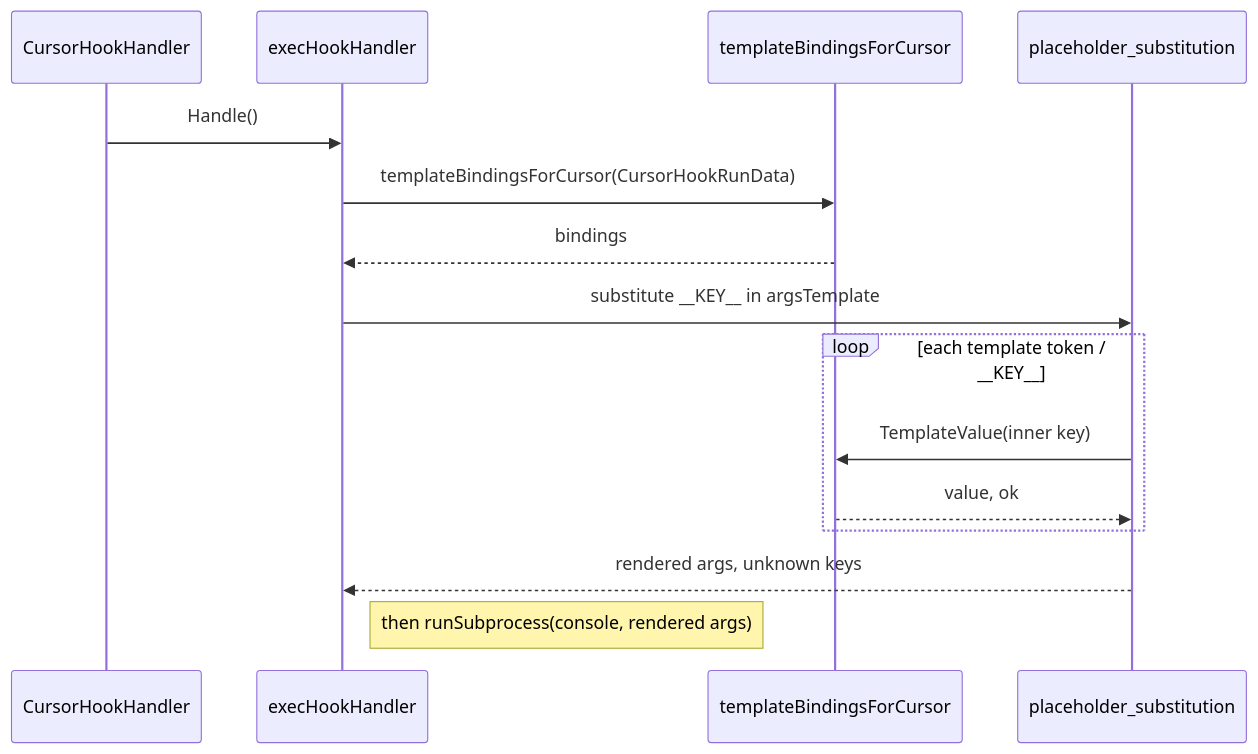
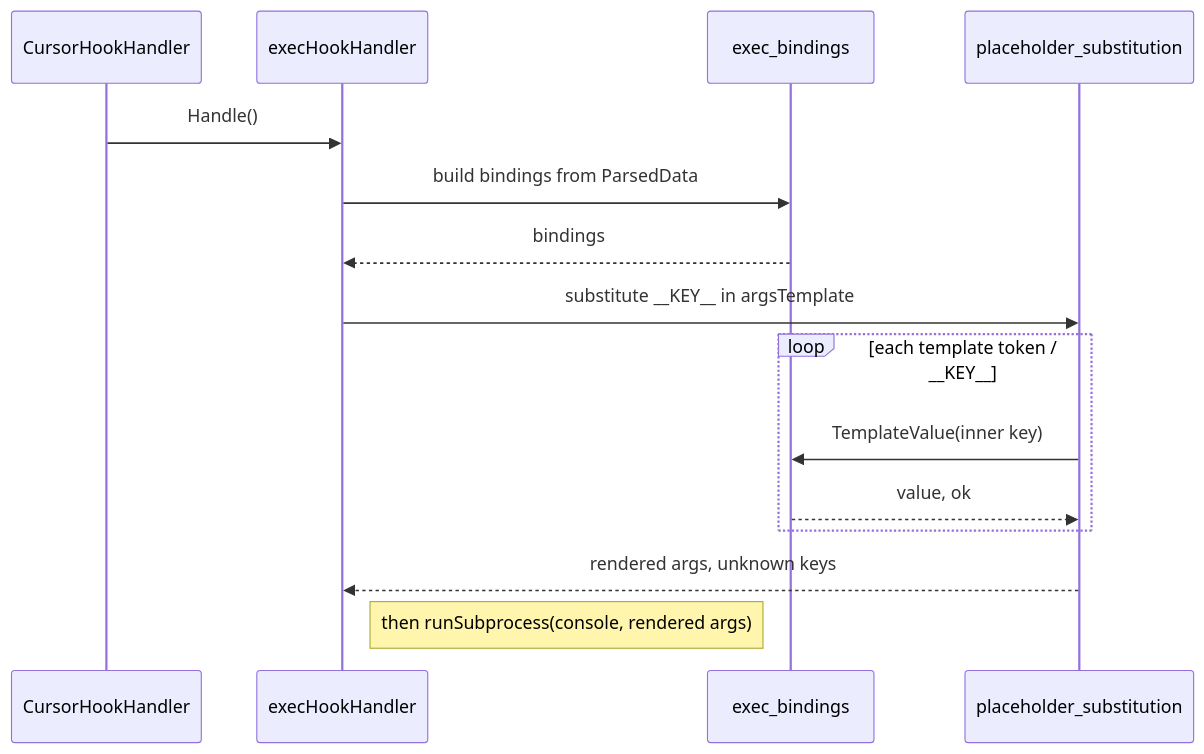
One commit to sviatsviatsviat/wat changed the third of 3 diagrams in README.md. Above: the diagram before and after it, drawn with Mermaid. The commit also changed other lines of this file and 4 other files, not shown here.

First line of the commit message:
Remove WORKSPACE_ROOTS, COMMAND, OUTPUT exec bindings; document per-event templates

````diff
--- a/README.md
+++ b/README.md
@@ -254,18 +246,18 @@
 ```mermaid
 sequenceDiagram
   participant H as CursorHookHandler
   participant Run as execHookHandler
-  participant TB as templateBindingsForCursor
+  participant TB as exec_bindings
   participant R as placeholder_substitution
 
   H->>Run: Handle()
-  Run->>TB: templateBindingsForCursor(CursorHookRunData)
+  Run->>TB: build bindings from ParsedData
   TB-->>Run: bindings
   Run->>R: substitute __KEY__ in argsTemplate
   loop each template token / __KEY__
     R->>TB: TemplateValue(inner key)
     TB-->>R: value, ok
   end
   R-->>Run: rendered args, unknown keys
   Note right of Run: then runSubprocess(console, rendered args)
 ```
````
